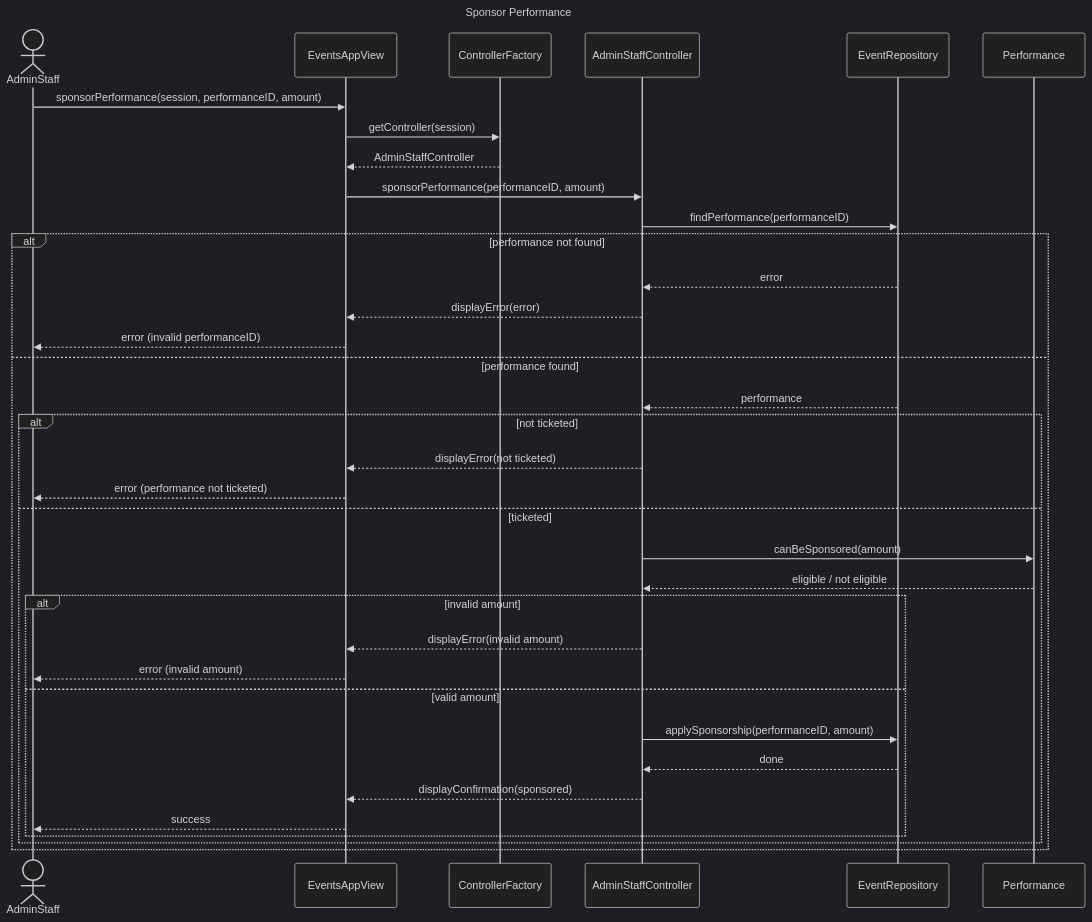
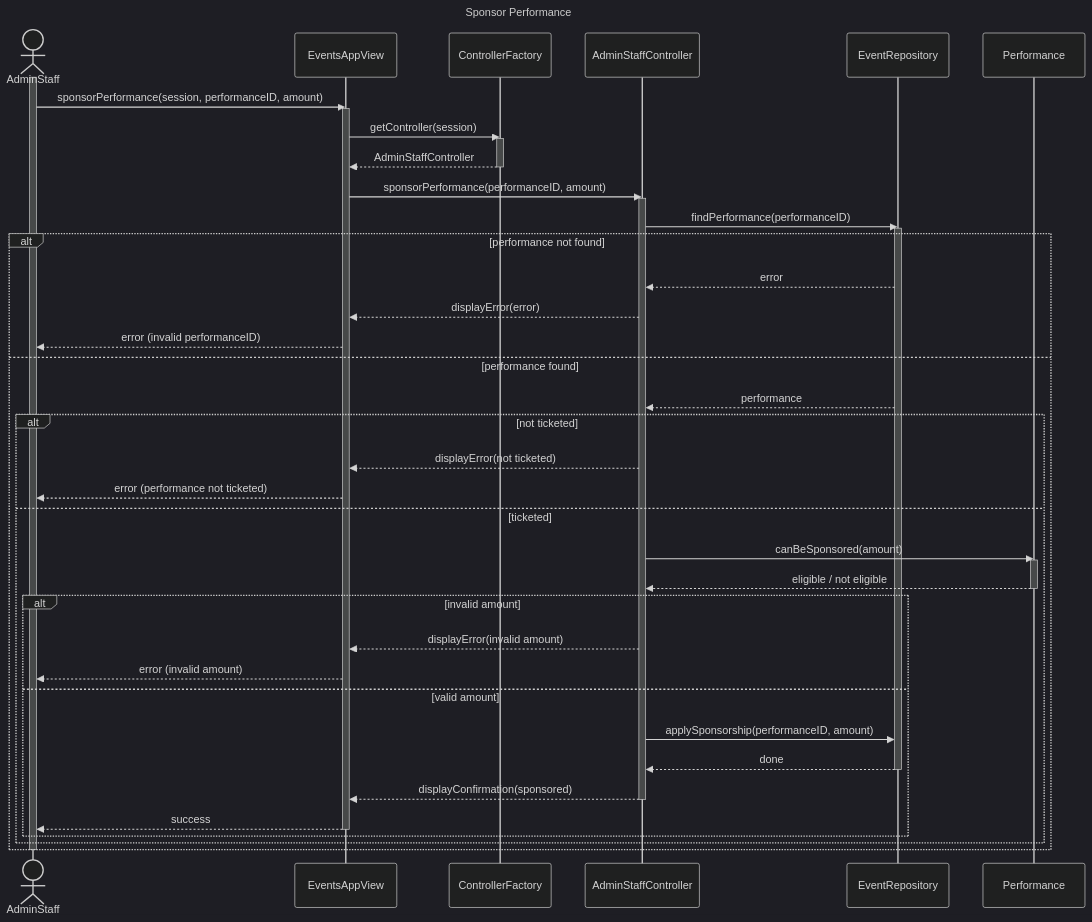
One commit to Inf2-SEPP-CW-2026/CourseWork changed the diagram in CW2/Task4_sponsor_performance.mmd. Above: the diagram before and after it, drawn with Mermaid (dark theme). The commit also changed 2 other files, not shown here.

```diff
--- a/CW2/Task4_sponsor_performance.mmd
+++ b/CW2/Task4_sponsor_performance.mmd
@@ -1,40 +1,53 @@
 sequenceDiagram
 title Sponsor Performance
 
 actor AdminStaff
 participant EventsAppView
 participant ControllerFactory
 participant AdminStaffController
 participant EventRepository
 participant Performance
 
+activate AdminStaff
 AdminStaff ->> EventsAppView: sponsorPerformance(session, performanceID, amount)
+activate EventsAppView
 EventsAppView ->> ControllerFactory: getController(session)
+activate ControllerFactory
 ControllerFactory -->> EventsAppView: AdminStaffController
+deactivate ControllerFactory
 
 EventsAppView ->> AdminStaffController: sponsorPerformance(performanceID, amount)
+activate AdminStaffController
 
 AdminStaffController ->> EventRepository: findPerformance(performanceID)
+activate EventRepository
 alt performance not found
     EventRepository -->> AdminStaffController: error
     AdminStaffController -->> EventsAppView: displayError(error)
     EventsAppView -->> AdminStaff: error (invalid performanceID)
 else performance found
     EventRepository -->> AdminStaffController: performance
     alt not ticketed
         AdminStaffController -->> EventsAppView: displayError(not ticketed)
         EventsAppView -->> AdminStaff: error (performance not ticketed)
     else ticketed
         AdminStaffController ->> Performance: canBeSponsored(amount)
+        activate Performance
         Performance -->> AdminStaffController: eligible / not eligible
+        deactivate Performance
         alt invalid amount
             AdminStaffController -->> EventsAppView: displayError(invalid amount)
             EventsAppView -->> AdminStaff: error (invalid amount)
         else valid amount
             AdminStaffController ->> EventRepository: applySponsorship(performanceID, amount)
             EventRepository -->> AdminStaffController: done
+            deactivate EventRepository
             AdminStaffController -->> EventsAppView: displayConfirmation(sponsored)
+            deactivate AdminStaffController
             EventsAppView -->> AdminStaff: success
+            deactivate EventsAppView
         end
     end
 end
+
+deactivate AdminStaff
```
